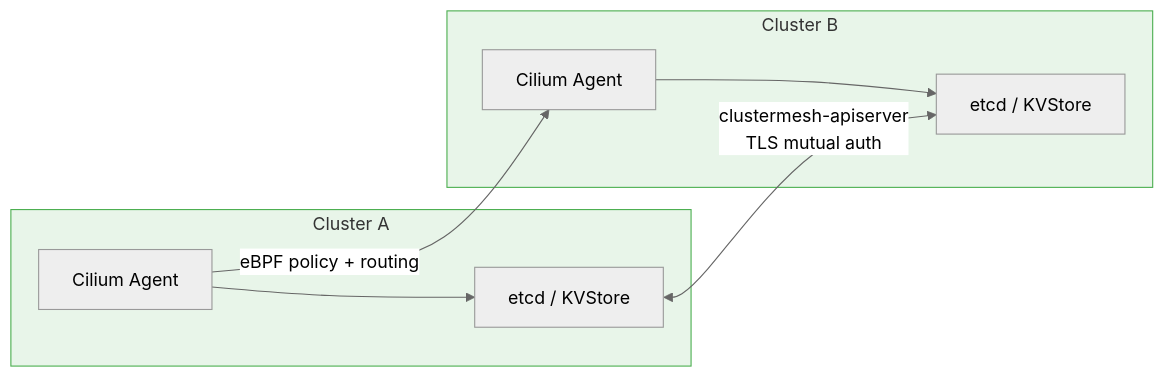
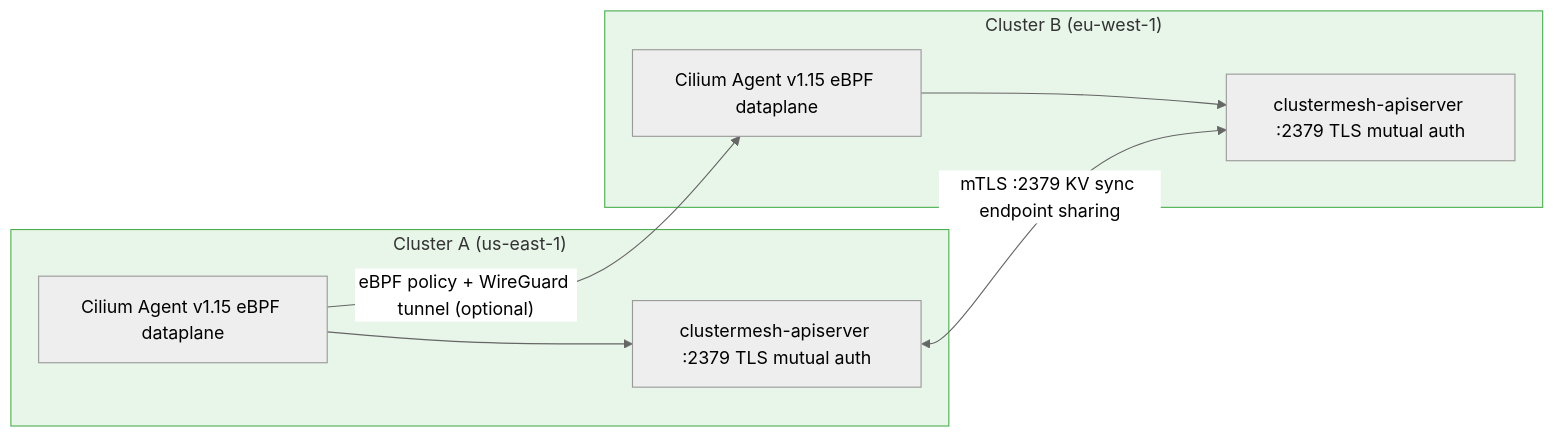
Before and after one commit to MykolaLebid/Kubernetes_networking_engineering: the third of 4 diagrams in lessons/22-multi-cluster-networking.md, drawn with Mermaid (neutral theme). The commit also changed other lines of this file and 35 other files, not shown here.

First line of the commit message:
Restructure all 34 lessons: Theory/Practice split, richer diagrams, industry examples, navigation

````diff
--- a/lessons/22-multi-cluster-networking.md
+++ b/lessons/22-multi-cluster-networking.md
@@ -129,18 +113,18 @@
 ```mermaid
 flowchart LR
-    subgraph ClusterA["Cluster A"]
-        cilA["Cilium Agent"]
-        etcdA["etcd / KVStore"]
+    subgraph ClusterA["Cluster A (us-east-1)"]
+        cilA["Cilium Agent v1.15 eBPF dataplane"]
+        etcdA["clustermesh-apiserver :2379 TLS mutual auth"]
         cilA --> etcdA
     end
-    subgraph ClusterB["Cluster B"]
-        cilB["Cilium Agent"]
-        etcdB["etcd / KVStore"]
+    subgraph ClusterB["Cluster B (eu-west-1)"]
+        cilB["Cilium Agent v1.15 eBPF dataplane"]
+        etcdB["clustermesh-apiserver :2379 TLS mutual auth"]
         cilB --> etcdB
     end
-    etcdA <-- "clustermesh-apiserver\nTLS mutual auth" --> etcdB
-    cilA -- "eBPF policy + routing" --> cilB
+    etcdA <--"mTLS :2379 KV sync endpoint sharing"--> etcdB
+    cilA --"eBPF policy + WireGuard tunnel (optional)"--> cilB
 
     style ClusterA fill:#e8f5e9,stroke:#4CAF50
     style ClusterB fill:#e8f5e9,stroke:#4CAF50
 ```
````
